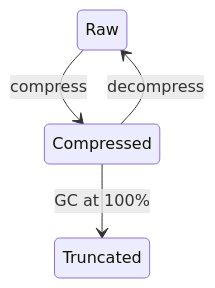
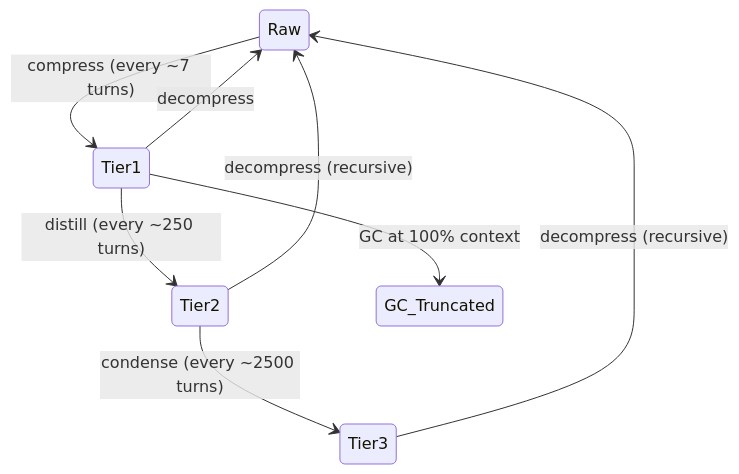
One commit to ranxianglei/opencode-acp changed the diagram in README.md. Above: the diagram before and after it, drawn with Mermaid. The commit also changed other lines of this file and 1 other file, not shown here.

First line of the commit message:
docs(readme): document three-tier compression architecture (T1/T2/T3)

````diff
--- a/README.md
+++ b/README.md
@@ -102,6 +104,10 @@
 ```mermaid
 stateDiagram-v2
-    Raw --> Compressed : compress
-    Compressed --> Raw : decompress
-    Compressed --> Truncated : GC at 100%
+    Raw --> Tier1 : compress (every ~7 turns)
+    Tier1 --> Tier2 : distill (every ~250 turns)
+    Tier2 --> Tier3 : condense (every ~2500 turns)
+    Tier1 --> Raw : decompress
+    Tier2 --> Raw : decompress (recursive)
+    Tier3 --> Raw : decompress (recursive)
+    Tier1 --> GC_Truncated : GC at 100% context
 ```
````
